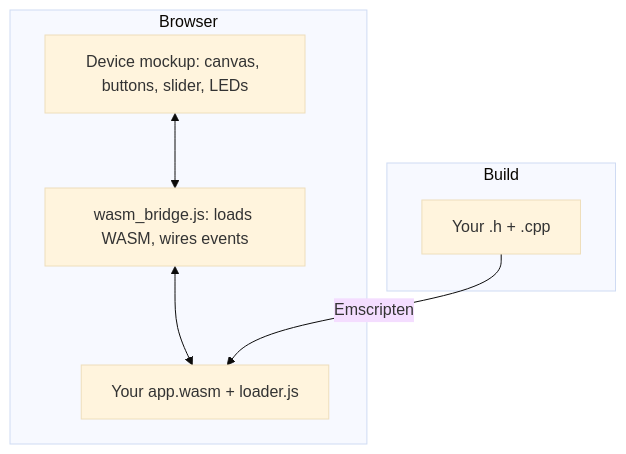
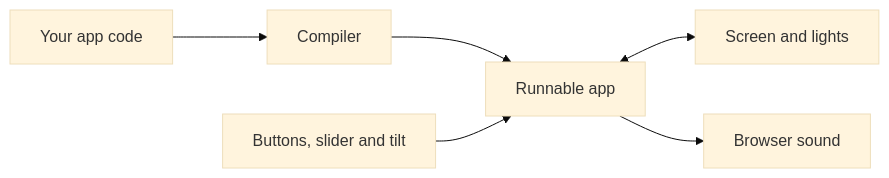
Before and after one commit to CyberFidget/cyberfidget-docs: the second of 4 diagrams in docs/software/emulator.md, drawn with Mermaid (base theme). The commit also changed other lines of this file and 20 other files, not shown here.

````diff
--- a/docs/software/emulator.md
+++ b/docs/software/emulator.md
@@ -61,14 +51,8 @@
-``` mermaid
-flowchart TB
-  subgraph Browser
-    UI[Device mockup: canvas, buttons, slider, LEDs]
-    Bridge[wasm_bridge.js: loads WASM, wires events]
-    WASM[Your app.wasm + loader.js]
-    UI <--> Bridge
-    Bridge <--> WASM
-  end
-  subgraph Build
-    Code[Your .h + .cpp]
-    Code -->|Emscripten| WASM
-  end
+```mermaid
+flowchart LR
+    Code[Your app code] --> Build[Compiler]
+    Build --> App[Runnable app]
+    App <--> Screen[Screen and lights]
+    Buttons[Buttons, slider and tilt] --> App
+    App --> Audio[Browser sound]
 ```
````
